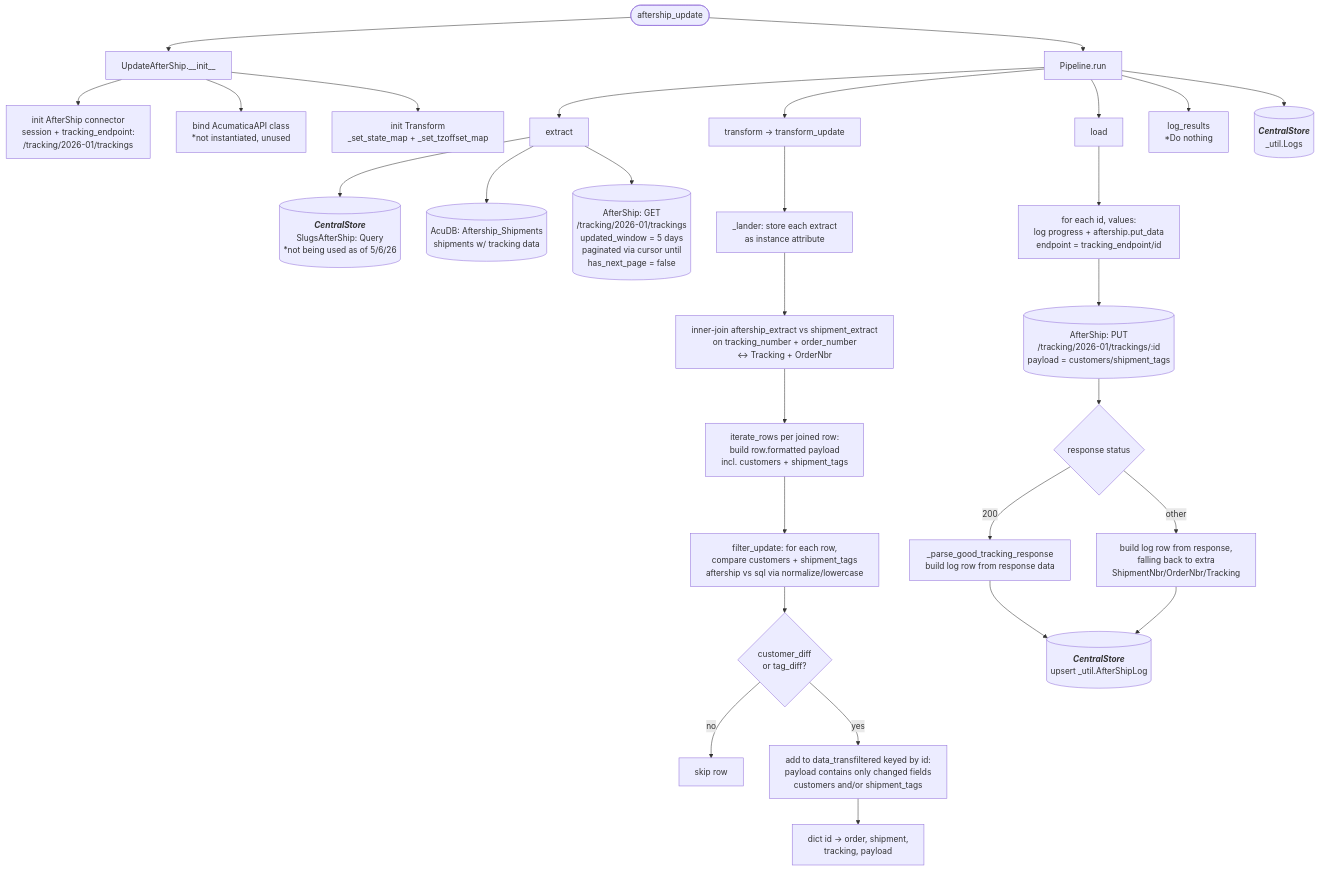
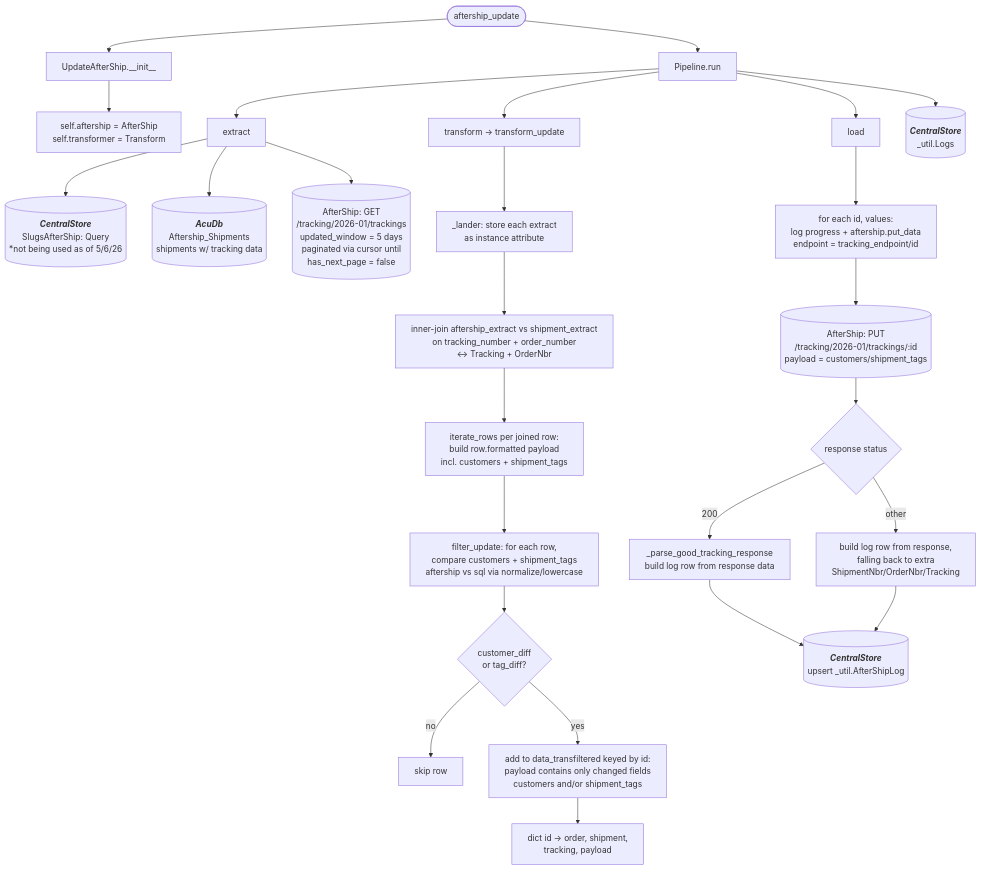
One commit to journeyhl/integration-platform changed the diagram in docs/pipelines/aftership_update.md. Above: the diagram before and after it, drawn with Mermaid. The commit also changed 25 other files, not shown here.

````diff
--- a/docs/pipelines/aftership_update.md
+++ b/docs/pipelines/aftership_update.md
@@ -1,46 +1,48 @@
 ```mermaid
 %%{init: {"flowchart": {"wrappingWidth": 400}}}%%
 flowchart TD
     A([aftership_update]) --> B[UpdateAfterShip.__init__]
-    B --> B1[init AfterShip connector<br/>session + tracking_endpoint:<br/>/tracking/2026-01/trackings]
-    B --> B2[bind AcumaticaAPI class<br/>*not instantiated, unused]
-    B --> B3[init Transform<br/>_set_state_map + _set_tzoffset_map]
+    B --> B1[
+        self.aftership = AfterShip
+        self.transformer = Transform
+    ]
     A --> RUN[Pipeline.run]
 
     RUN --> EX[extract]
     EX --> D1[(
         <b><i>CentralStore</i></b>
         SlugsAfterShip: Query
         *not being used as of 5/6/26
     )]
-    EX --> D2[(AcuDB: Aftership_Shipments<br/>shipments w/ tracking data)]
+    EX --> D2[(
+        <b><i>AcuDb</i></b>
+        Aftership_Shipments<br/>shipments w/ tracking data)]
     EX --> AS1[(AfterShip: GET<br/>/tracking/2026-01/trackings<br/>updated_window = 5 days<br/>paginated via cursor until<br/>has_next_page = false)]
 
     RUN --> TR[transform → transform_update]
     TR --> T1[_lander: store each extract<br/>as instance attribute]
     T1 --> T2[inner-join aftership_extract vs shipment_extract<br/>on tracking_number + order_number<br/>↔ Tracking + OrderNbr]
     T2 --> T3[iterate_rows per joined row:<br/>build row.formatted payload<br/>incl. customers + shipment_tags]
     T3 --> T4[filter_update: for each row,<br/>compare customers + shipment_tags<br/>aftership vs sql via normalize/lowercase]
     T4 --> T5{customer_diff<br/>or tag_diff?}
     T5 -->|no| SKIP[skip row]
     T5 -->|yes| BUILD[add to data_transfiltered keyed by id:<br/>payload contains only changed fields<br/>customers and/or shipment_tags]
     BUILD --> TR_OUT[dict id → order, shipment,<br/>tracking, payload]
 
     RUN --> LD[load]
     LD --> LP[for each id, values:<br/>log progress + aftership.put_data<br/>endpoint = tracking_endpoint/id]
     LP --> ASP[(AfterShip: PUT<br/>/tracking/2026-01/trackings/:id<br/>payload = customers/shipment_tags)]
     ASP --> RESP{response status}
     RESP -->|200| GOOD[_parse_good_tracking_response<br/>build log row from response data]
     RESP -->|other| BAD[build log row from response,<br/>falling back to extra<br/>ShipmentNbr/OrderNbr/Tracking]
     GOOD --> CSL[(
         <b><i>CentralStore</i></b>
         upsert _util.AfterShipLog
     )]
     BAD --> CSL
 
-    RUN --> LR[log_results<br/>*Do nothing]
     RUN --> LOGS[(
         <b><i>CentralStore</i></b>
         _util.Logs
     )]
 ```
````
